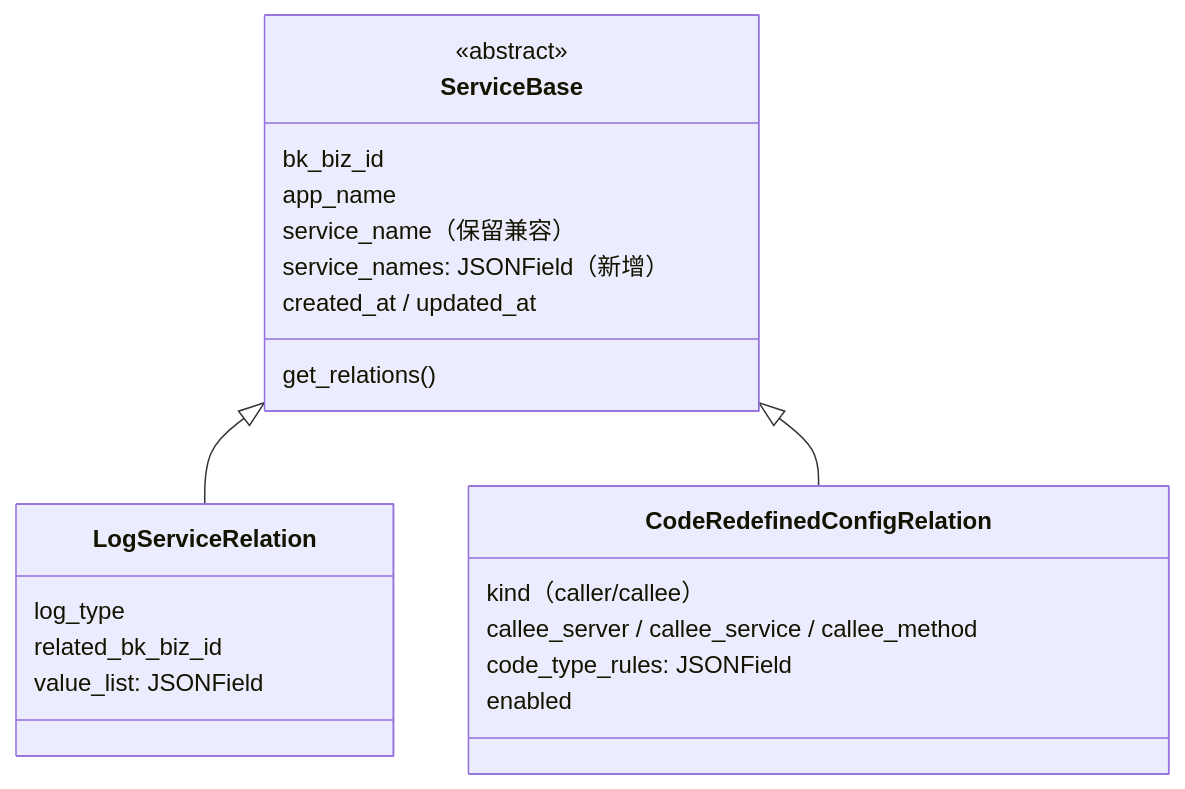
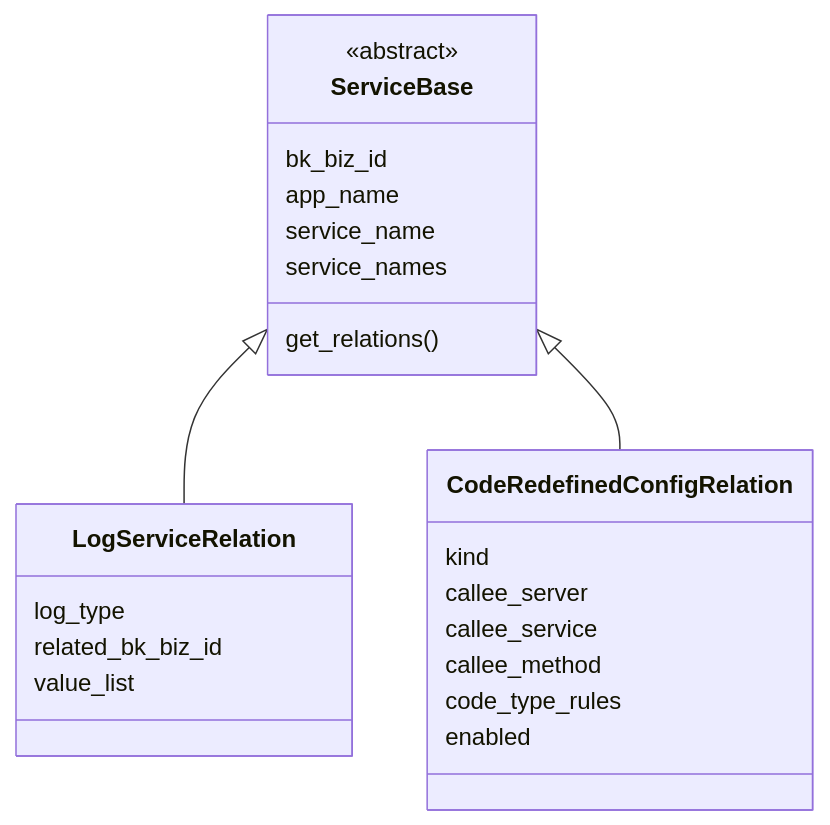
The first of 4 diagrams in knowledge/bkmonitor/issues/2026-03-04-apm-app-level-config/PLAN.md (ZhuoZhuoCrayon/ai-workspace), drawn with Mermaid before and after one commit. The commit also changed other lines of this file, not shown here.

````diff
--- a/knowledge/bkmonitor/issues/2026-03-04-apm-app-level-config/PLAN.md
+++ b/knowledge/bkmonitor/issues/2026-03-04-apm-app-level-config/PLAN.md
@@ -26,26 +26,27 @@
 ```mermaid
 classDiagram
     class ServiceBase {
         <<abstract>>
         bk_biz_id
         app_name
-        service_name（保留兼容）
-        service_names: JSONField（新增）
-        created_at / updated_at
+        service_name
+        service_names
         get_relations()
     }
     class LogServiceRelation {
         log_type
         related_bk_biz_id
-        value_list: JSONField
+        value_list
     }
     class CodeRedefinedConfigRelation {
-        kind（caller/callee）
-        callee_server / callee_service / callee_method
-        code_type_rules: JSONField
+        kind
+        callee_server
+        callee_service
+        callee_method
+        code_type_rules
         enabled
     }
 
     ServiceBase <|-- LogServiceRelation
     ServiceBase <|-- CodeRedefinedConfigRelation
 ```
````
